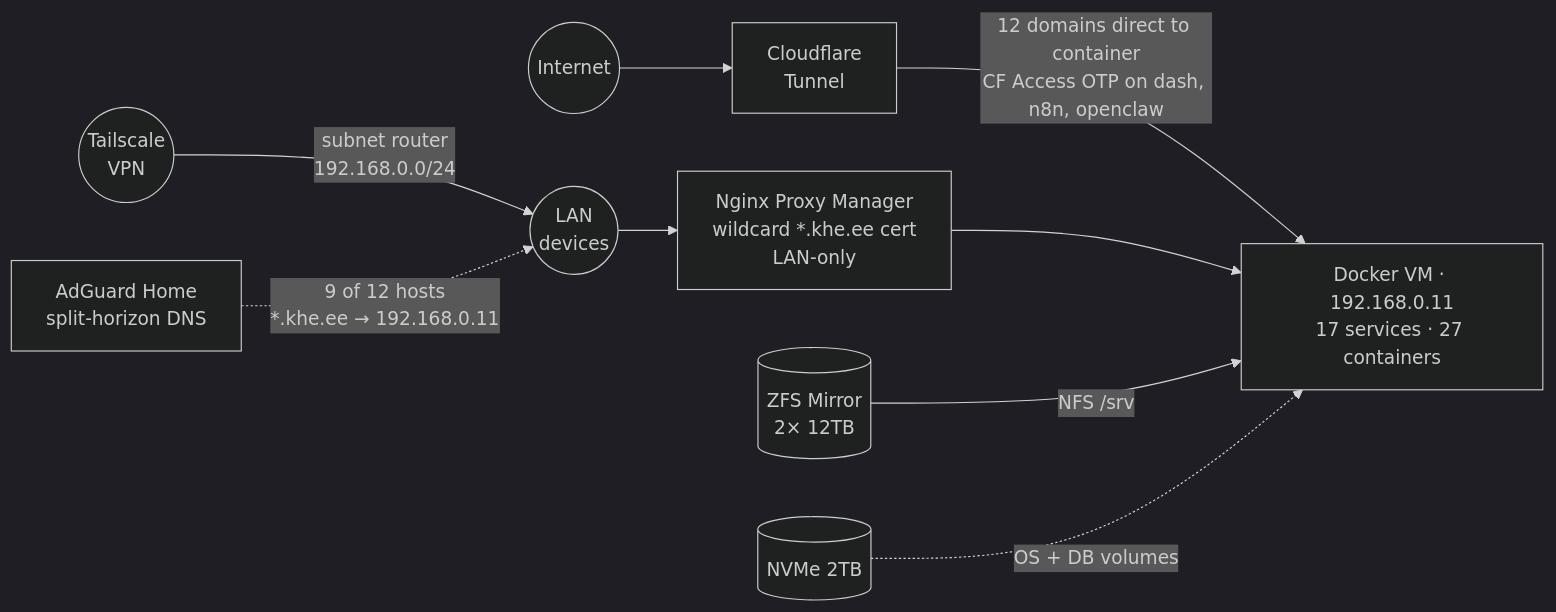
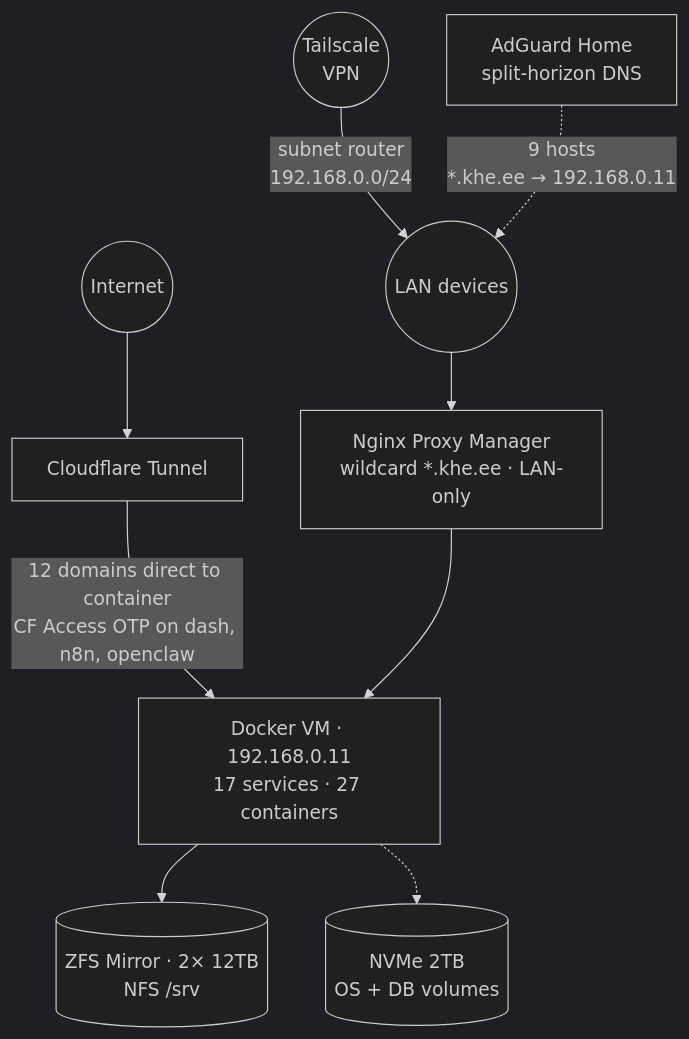
Before and after one commit to khelias/khe-homelab: the diagram in README.md, drawn with Mermaid (dark theme).

Commit message:
README: switch architecture diagram to top-bottom layout
LR auto-layout was placing storage and DNS nodes at awkward levels
alongside entry points. TB gives clearer tiers: entry (Internet, VPN,
AdGuard) at top, ingress (CF, LAN, NPM) below, then the Docker VM,
then storage at the bottom.

````diff
--- a/README.md
+++ b/README.md
@@ -7,15 +7,19 @@
 ```mermaid
-graph LR
-    Internet((Internet)) --> CF[Cloudflare<br/>Tunnel]
-    VPN((Tailscale<br/>VPN)) -->|subnet router<br/>192.168.0.0/24| LAN
+graph TB
+    Internet((Internet))
+    VPN((Tailscale<br/>VPN))
+    AG[AdGuard Home<br/>split-horizon DNS]
+
+    Internet --> CF[Cloudflare Tunnel]
+    VPN -->|subnet router<br/>192.168.0.0/24| LAN((LAN devices))
+    AG -.->|9 hosts<br/>*.khe.ee → 192.168.0.11| LAN
 
     CF -->|12 domains direct to container<br/>CF Access OTP on dash, n8n, openclaw| CTR
+    LAN --> NPM[Nginx Proxy Manager<br/>wildcard *.khe.ee · LAN-only]
+    NPM --> CTR
 
-    AG[AdGuard Home<br/>split-horizon DNS] -.->|9 of 12 hosts<br/>*.khe.ee → 192.168.0.11| LAN
-    LAN((LAN<br/>devices)) --> NPM
+    CTR[Docker VM · 192.168.0.11<br/>17 services · 27 containers]
 
-    NPM[Nginx Proxy Manager<br/>wildcard *.khe.ee cert<br/>LAN-only] --> CTR[Docker VM · 192.168.0.11<br/>17 services · 27 containers]
-
-    HDD[(ZFS Mirror<br/>2× 12TB)] -->|NFS /srv| CTR
-    NVMe[(NVMe 2TB)] -.->|OS + DB volumes| CTR
+    CTR --> HDD[(ZFS Mirror · 2× 12TB<br/>NFS /srv)]
+    CTR -.-> NVMe[(NVMe 2TB<br/>OS + DB volumes)]
 ```
````
